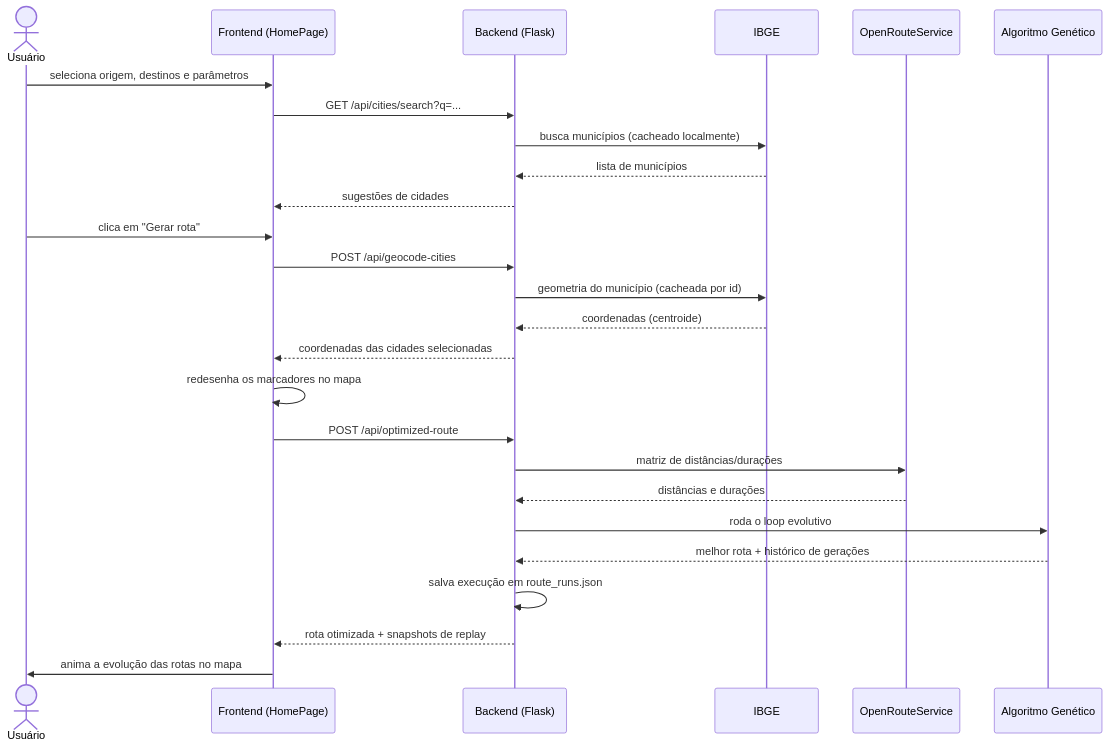
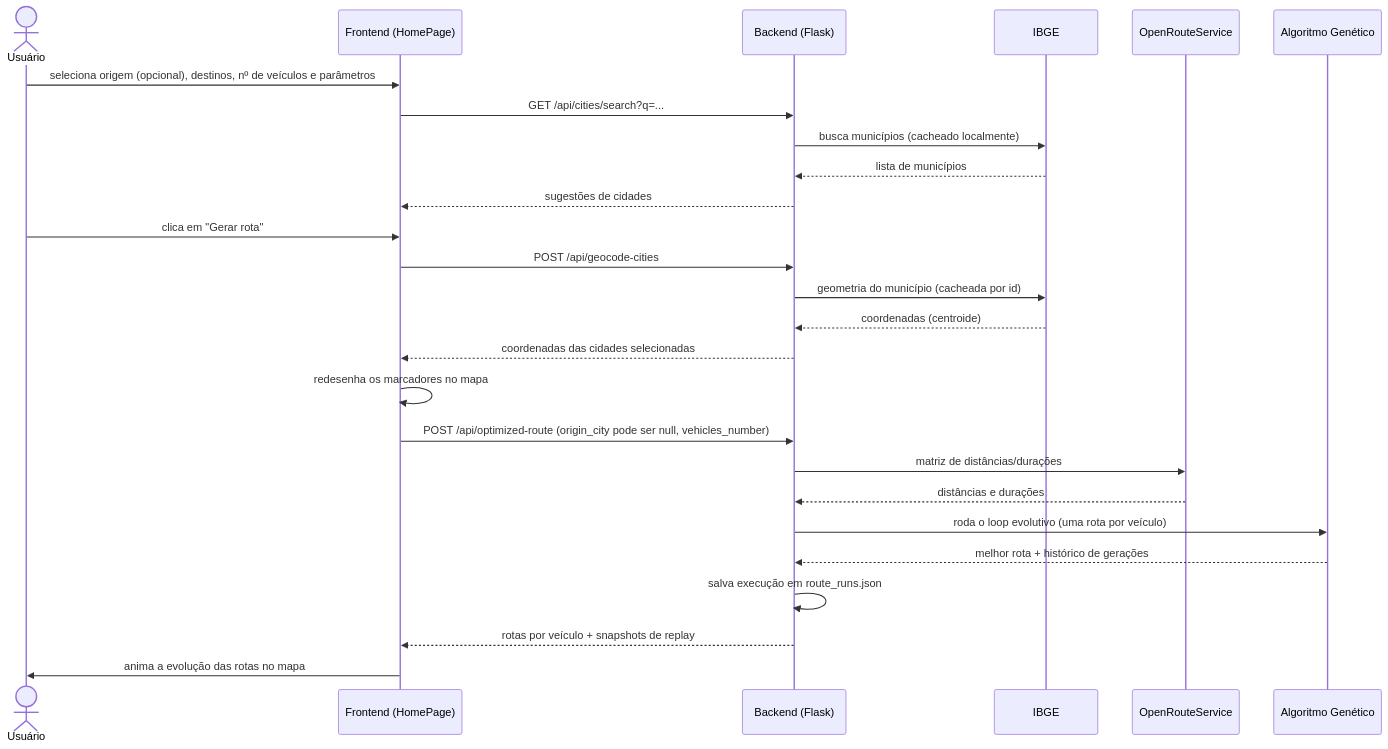
Before and after one commit to bmgbianca/tech_challenge_fase2: the second of 4 diagrams in docs/ARCHITECTURE.md, drawn with Mermaid. The commit also changed other lines of this file and 71 other files, not shown here.

````diff
--- a/docs/ARCHITECTURE.md
+++ b/docs/ARCHITECTURE.md
@@ -97,31 +105,31 @@
 ```mermaid
 sequenceDiagram
     actor Usuário
     participant FE as Frontend (HomePage)
     participant API as Backend (Flask)
     participant IBGE
     participant ORS as OpenRouteService
     participant GA as Algoritmo Genético
 
-    Usuário->>FE: seleciona origem, destinos e parâmetros
+    Usuário->>FE: seleciona origem (opcional), destinos, nº de veículos e parâmetros
     FE->>API: GET /api/cities/search?q=...
     API->>IBGE: busca municípios (cacheado localmente)
     IBGE-->>API: lista de municípios
     API-->>FE: sugestões de cidades
 
     Usuário->>FE: clica em "Gerar rota"
     FE->>API: POST /api/geocode-cities
     API->>IBGE: geometria do município (cacheada por id)
     IBGE-->>API: coordenadas (centroide)
     API-->>FE: coordenadas das cidades selecionadas
     FE->>FE: redesenha os marcadores no mapa
 
-    FE->>API: POST /api/optimized-route
+    FE->>API: POST /api/optimized-route (origin_city pode ser null, vehicles_number)
     API->>ORS: matriz de distâncias/durações
     ORS-->>API: distâncias e durações
-    API->>GA: roda o loop evolutivo
+    API->>GA: roda o loop evolutivo (uma rota por veículo)
     GA-->>API: melhor rota + histórico de gerações
     API->>API: salva execução em route_runs.json
-    API-->>FE: rota otimizada + snapshots de replay
+    API-->>FE: rotas por veículo + snapshots de replay
     FE->>Usuário: anima a evolução das rotas no mapa
 ```
````
